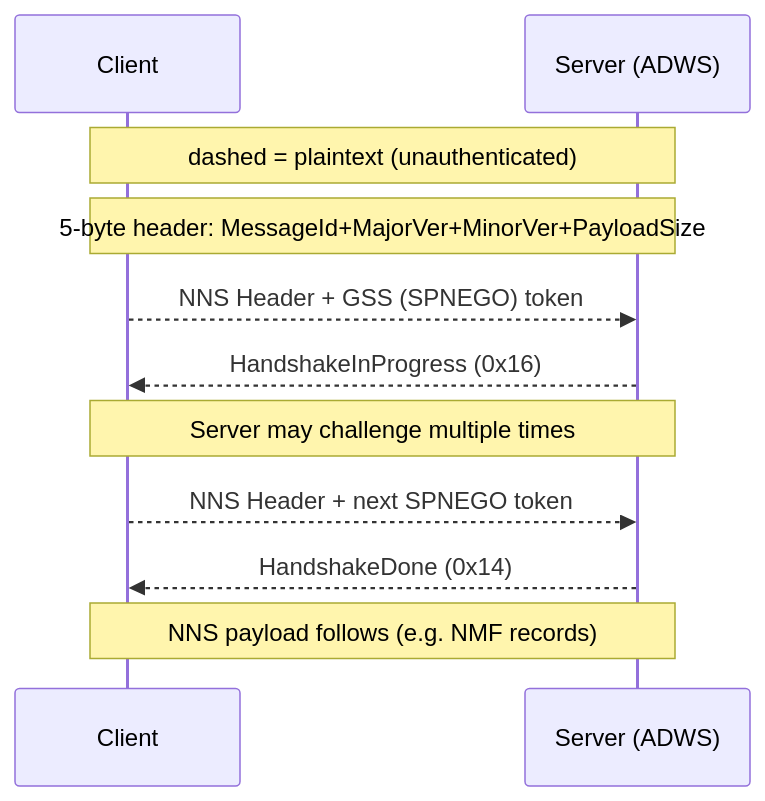
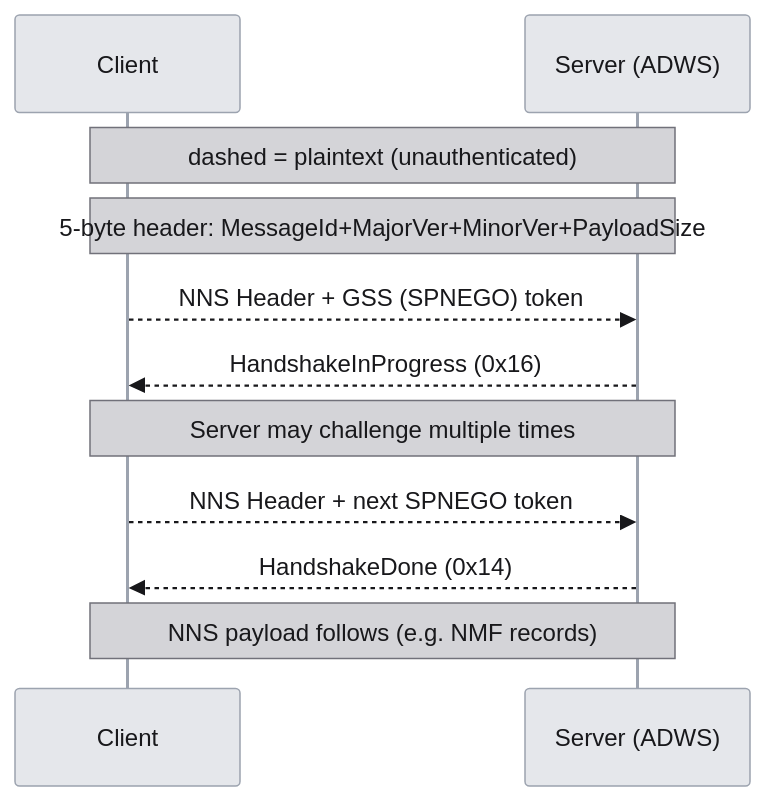
The fourth of 4 diagrams in articles/adws-the-soap-bridge.md (Macmod/ginpacket-wiki), drawn with Mermaid before and after one commit. The commit also changed other lines of this file, not shown here.

Commit message:
Testing mermaid style.

````diff
--- a/articles/adws-the-soap-bridge.md
+++ b/articles/adws-the-soap-bridge.md
@@ -516,14 +532,30 @@
 ```mermaid
+%%{init: {'theme': 'base', 'themeVariables': {
+  'background': '#f4f4f5',
+  'actorBkg': '#e5e7eb',
+  'actorBorder': '#9ca3af',
+  'actorTextColor': '#18181b',
+  'actorLineColor': '#9ca3af',
+  'signalColor': '#18181b',
+  'signalTextColor': '#18181b',
+  'labelBoxBkgColor': '#e5e7eb',
+  'labelBoxBorderColor': '#9ca3af',
+  'labelTextColor': '#18181b',
+  'loopTextColor': '#18181b',
+  'noteBkgColor': '#d4d4d8',
+  'noteBorderColor': '#71717a',
+  'noteTextColor': '#18181b'
+}}}%%
 sequenceDiagram
     participant C as Client
     participant S as Server (ADWS)
 
     Note over C,S: dashed = plaintext (unauthenticated)
     Note over C,S: 5-byte header: MessageId+MajorVer+MinorVer+PayloadSize
     C-->>S: NNS Header + GSS (SPNEGO) token
     S-->>C: HandshakeInProgress (0x16)
     Note over C,S: Server may challenge multiple times
     C-->>S: NNS Header + next SPNEGO token
     S-->>C: HandshakeDone (0x14)
     Note over C,S: NNS payload follows (e.g. NMF records)
 ```
````
